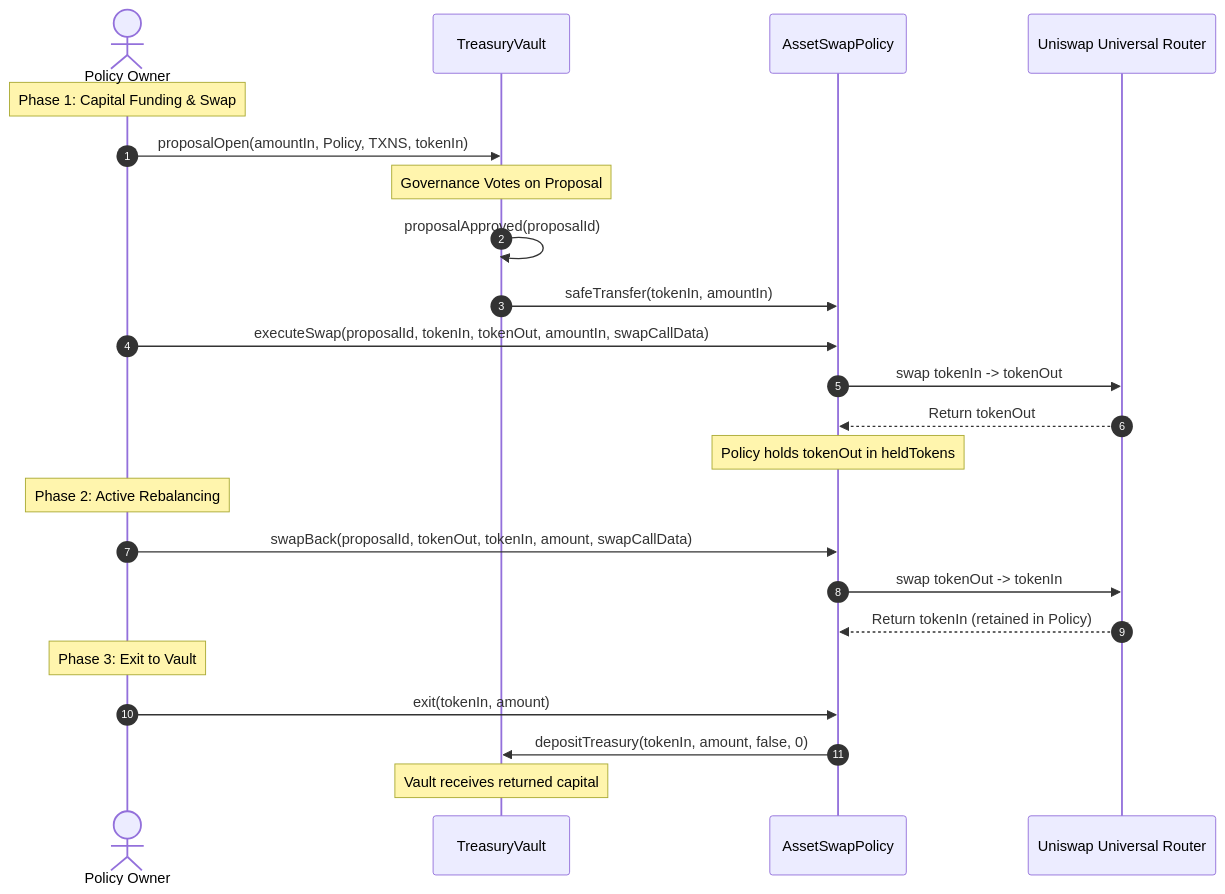
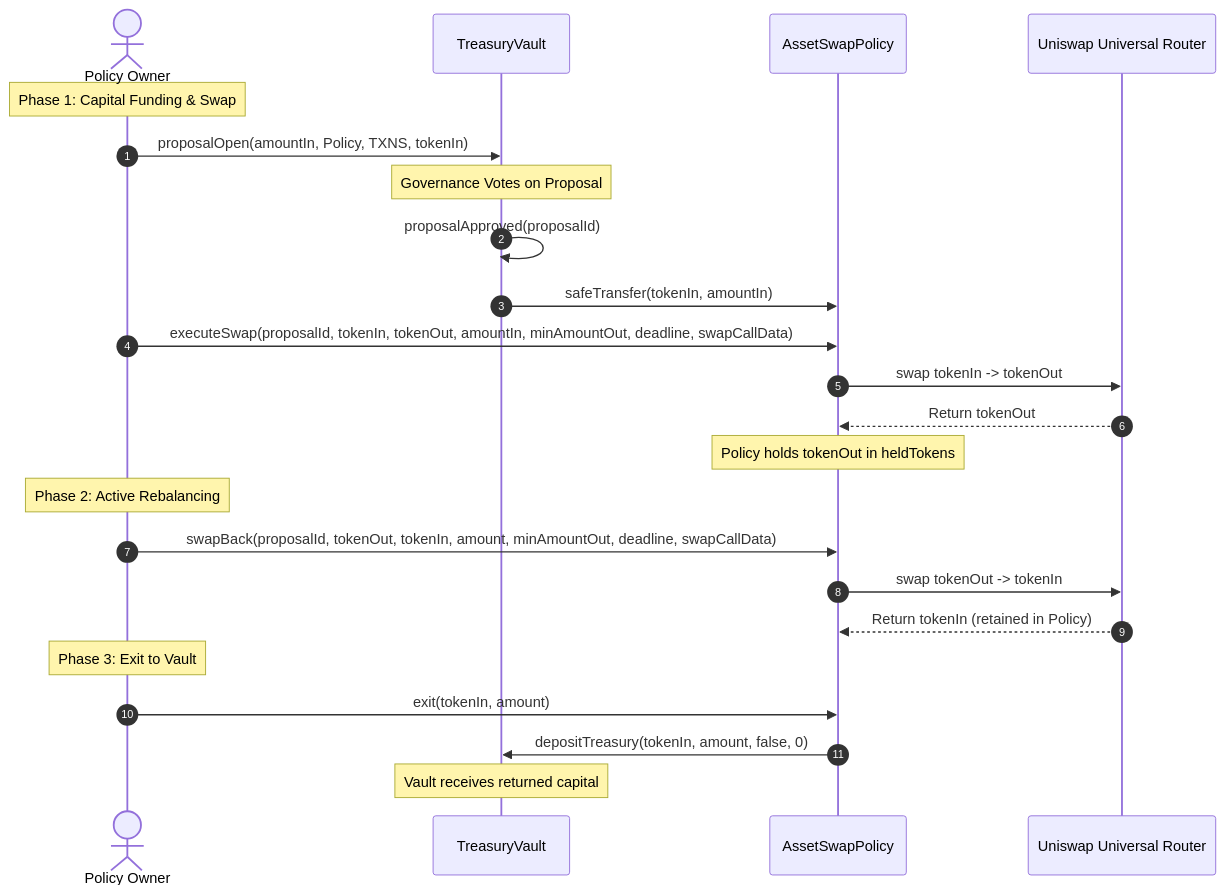
One commit to jimstir/moreLikely-treasury changed the diagram in docs/smart contracts/policy/aquire-assets.md. Above: the diagram before and after it, drawn with Mermaid. The commit also changed other lines of this file and 23 other files, not shown here.

````diff
--- a/docs/smart contracts/policy/aquire-assets.md
+++ b/docs/smart contracts/policy/aquire-assets.md
@@ -100,28 +106,28 @@
 ```mermaid
 sequenceDiagram
     autonumber
     actor Owner as Policy Owner
     participant Vault as TreasuryVault
     participant Policy as AssetSwapPolicy
     participant Uni as Uniswap Universal Router
 
     Note over Owner: Phase 1: Capital Funding & Swap
     Owner->>Vault: proposalOpen(amountIn, Policy, TXNS, tokenIn)
     Note over Vault: Governance Votes on Proposal
     Vault->>Vault: proposalApproved(proposalId)
     Vault->>Policy: safeTransfer(tokenIn, amountIn)
-    Owner->>Policy: executeSwap(proposalId, tokenIn, tokenOut, amountIn, swapCallData)
+    Owner->>Policy: executeSwap(proposalId, tokenIn, tokenOut, amountIn, minAmountOut, deadline, swapCallData)
     Policy->>Uni: swap tokenIn -> tokenOut
     Uni-->>Policy: Return tokenOut
     Note over Policy: Policy holds tokenOut in heldTokens
 
     Note over Owner: Phase 2: Active Rebalancing
-    Owner->>Policy: swapBack(proposalId, tokenOut, tokenIn, amount, swapCallData)
+    Owner->>Policy: swapBack(proposalId, tokenOut, tokenIn, amount, minAmountOut, deadline, swapCallData)
     Policy->>Uni: swap tokenOut -> tokenIn
     Uni-->>Policy: Return tokenIn (retained in Policy)
 
     Note over Owner: Phase 3: Exit to Vault
     Owner->>Policy: exit(tokenIn, amount)
     Policy->>Vault: depositTreasury(tokenIn, amount, false, 0)
     Note over Vault: Vault receives returned capital
 ```
````
